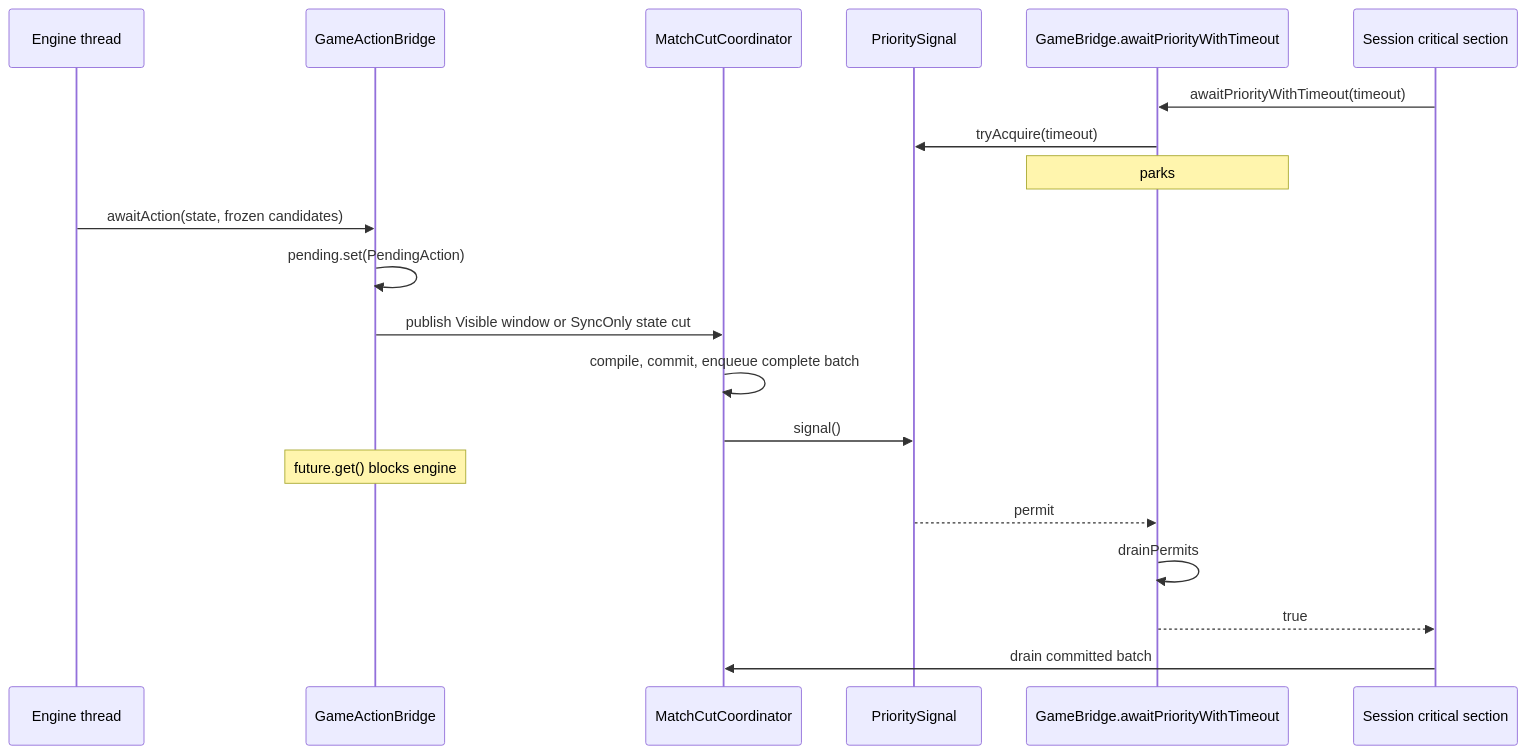
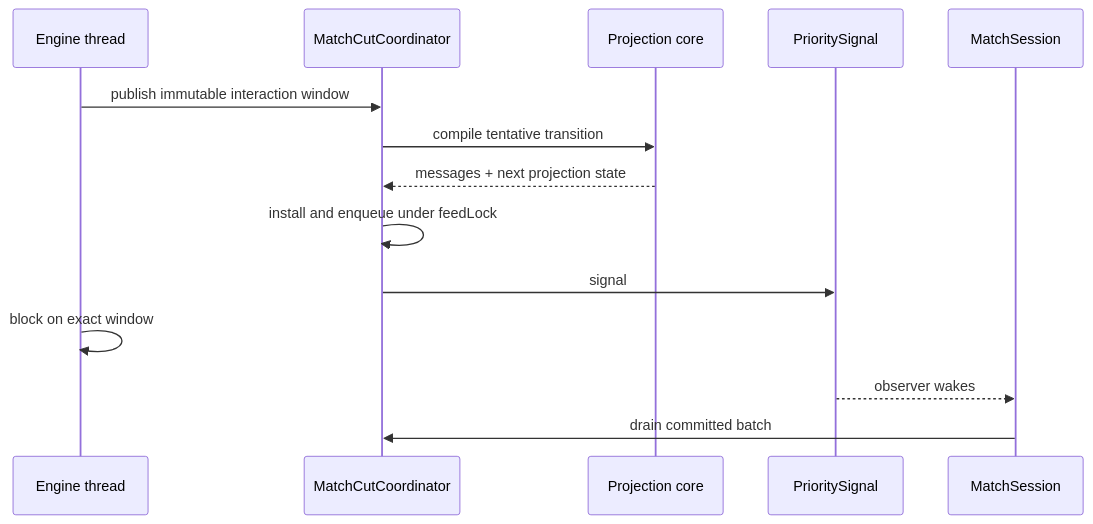
One commit to delebedev/leyline changed the diagram in docs/bridge-threading.md. Above: the diagram before and after it, drawn with Mermaid. The commit also changed other lines of this file and 13 other files, not shown here.

Commit message:
docs: consolidate architecture narrative (#404)

````diff
--- a/docs/bridge-threading.md
+++ b/docs/bridge-threading.md
@@ -100,23 +60,17 @@
 ```mermaid
 sequenceDiagram
-    participant ENG as Engine thread
-    participant AB as GameActionBridge
-    participant CUT as MatchCutCoordinator
-    participant SIG as PrioritySignal
-    participant GB as GameBridge.awaitPriorityWithTimeout
-    participant SESS as Session critical section
+    participant E as Engine thread
+    participant C as MatchCutCoordinator
+    participant P as Projection core
+    participant S as PrioritySignal
+    participant M as MatchSession
 
-    SESS->>GB: awaitPriorityWithTimeout(timeout)
-    GB->>SIG: tryAcquire(timeout)
-    Note over GB: parks
-    ENG->>AB: awaitAction(state, frozen candidates)
-    AB->>AB: pending.set(PendingAction)
-    AB->>CUT: publish Visible window or SyncOnly state cut
-    CUT->>CUT: compile, commit, enqueue complete batch
-    CUT->>SIG: signal()
-    Note over AB: future.get() blocks engine
-    SIG-->>GB: permit
-    GB->>GB: drainPermits
-    GB-->>SESS: true
-    SESS->>CUT: drain committed batch
+    E->>C: publish immutable interaction window
+    C->>P: compile tentative transition
+    P-->>C: messages + next projection state
+    C->>C: install and enqueue under feedLock
+    C->>S: signal
+    E->>E: block on exact window
+    S-->>M: observer wakes
+    M->>C: drain committed batch
 ```
````
